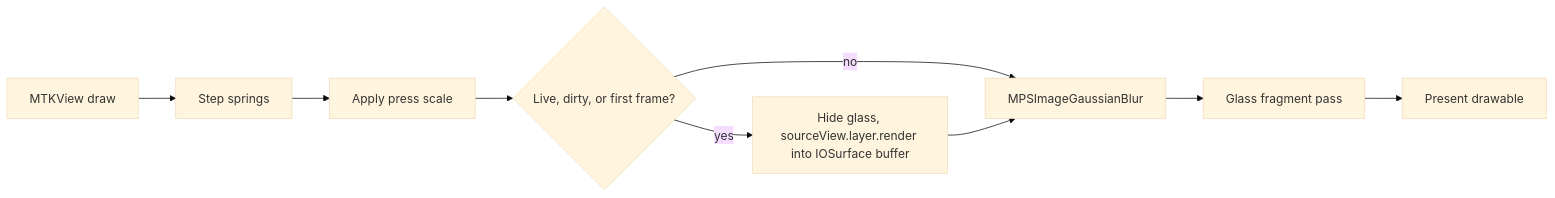
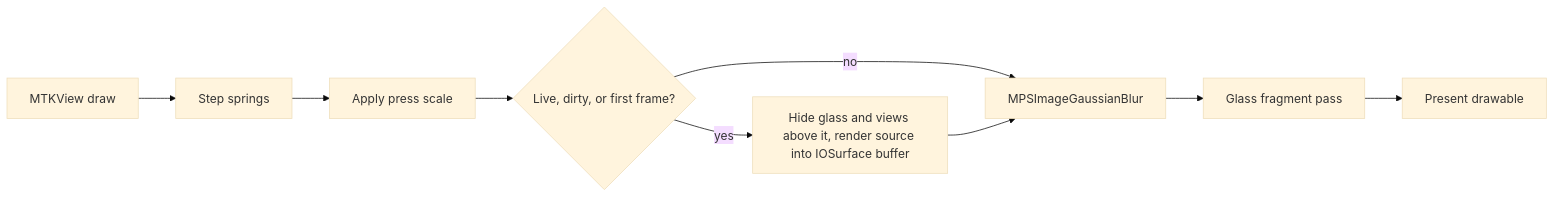
Before and after one commit to alexey-savchenko/LiquidGlass: the diagram in docs/architecture.md, drawn with Mermaid (base theme). The commit also changed other lines of this file and 6 other files, not shown here.

````diff
--- a/docs/architecture.md
+++ b/docs/architecture.md
@@ -28,11 +28,11 @@
 ```mermaid
 flowchart LR
   tick[MTKView draw] --> springs[Step springs]
   springs --> scale[Apply press scale]
   scale --> needCapture{"Live, dirty, or first frame?"}
-  needCapture -->|yes| capture["Hide glass, sourceView.layer.render into IOSurface buffer"]
+  needCapture -->|yes| capture["Hide glass and views above it, render source into IOSurface buffer"]
   needCapture -->|no| blur
   capture --> blur[MPSImageGaussianBlur]
   blur --> fragment[Glass fragment pass]
   fragment --> present[Present drawable]
 ```
````
